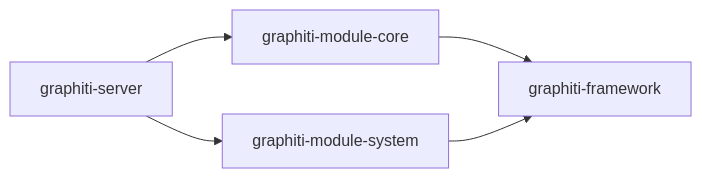
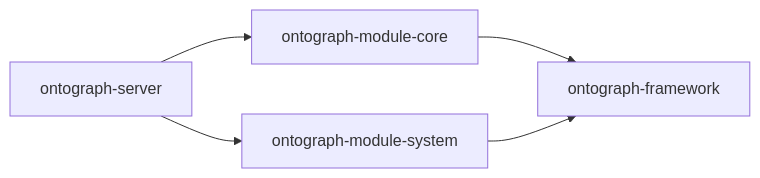
Before and after one commit to joezxh/graphiti-java: the fourth of 4 diagrams in docs/manual/开发指南/代码规范/Git工作流程.md, drawn with Mermaid. The commit also changed other lines of this file and 200 other files, not shown here.

````diff
--- a/docs/manual/开发指南/代码规范/Git工作流程.md
+++ b/docs/manual/开发指南/代码规范/Git工作流程.md
@@ -232,7 +232,7 @@
 ```mermaid
 graph LR
-S["graphiti-server"] --> C["graphiti-module-core"]
-S --> SYS["graphiti-module-system"]
-C --> F["graphiti-framework"]
+S["ontograph-server"] --> C["ontograph-module-core"]
+S --> SYS["ontograph-module-system"]
+C --> F["ontograph-framework"]
 SYS --> F
 ```
````
